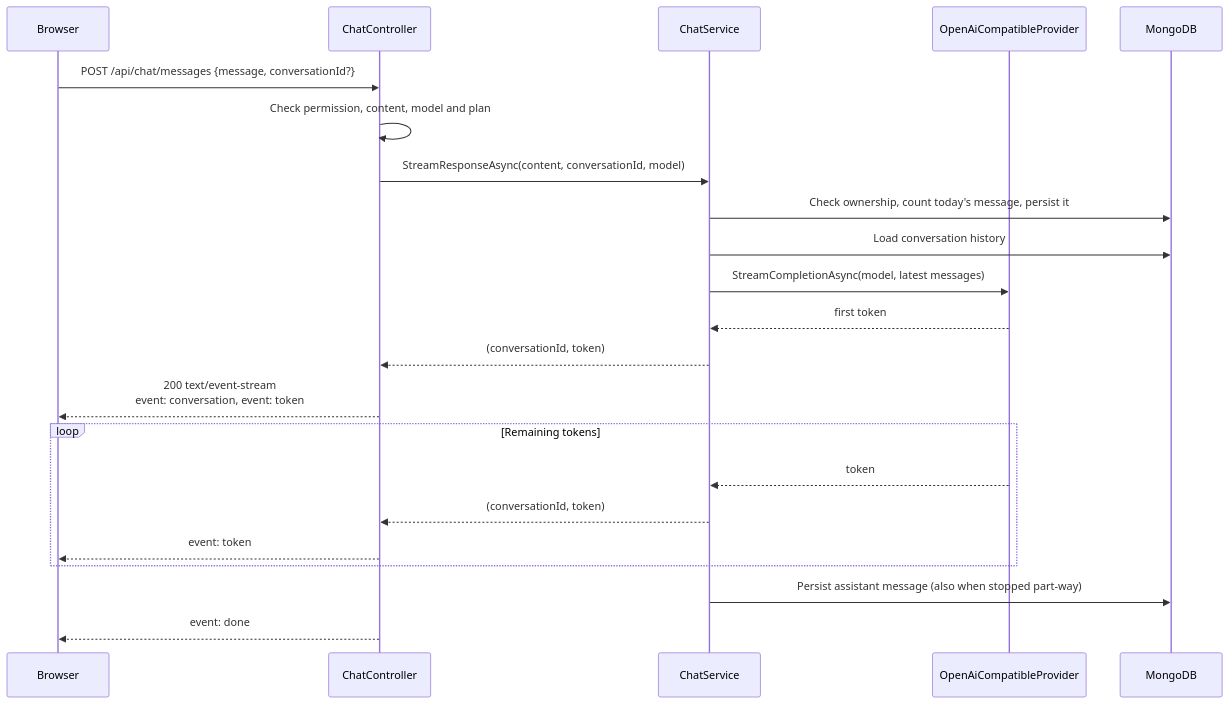
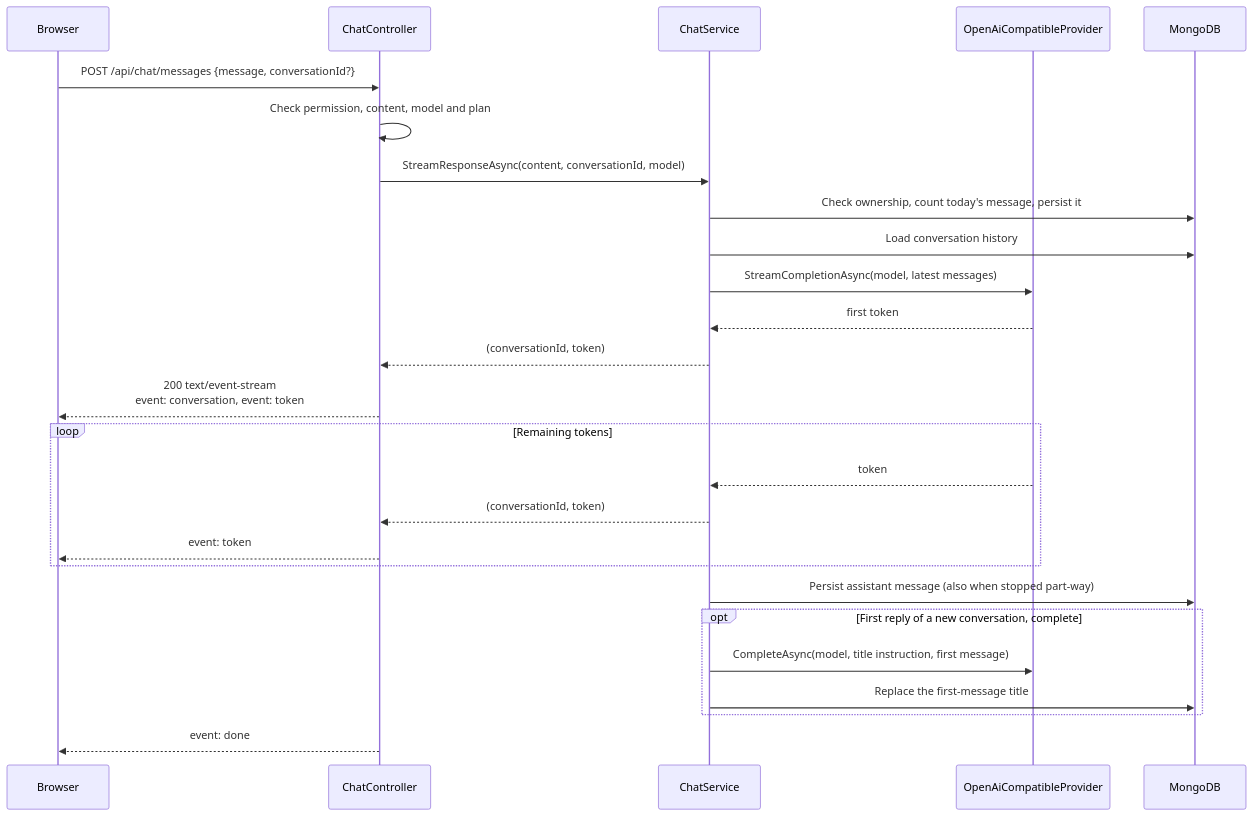
Before and after one commit to asifarshadullah/chatapp: the second of 2 diagrams in README.md, drawn with Mermaid. The commit also changed 18 other files, not shown here.

First line of the commit message:
feat: Title a new conversation with its model

````diff
--- a/README.md
+++ b/README.md
@@ -79,25 +79,29 @@
 ```mermaid
 sequenceDiagram
     participant Browser
     participant Api as ChatController
     participant Svc as ChatService
     participant Model as OpenAiCompatibleProvider
     participant Mongo as MongoDB
 
     Browser->>Api: POST /api/chat/messages {message, conversationId?}
     Api->>Api: Check permission, content, model and plan
     Api->>Svc: StreamResponseAsync(content, conversationId, model)
     Svc->>Mongo: Check ownership, count today's message, persist it
     Svc->>Mongo: Load conversation history
     Svc->>Model: StreamCompletionAsync(model, latest messages)
     Model-->>Svc: first token
     Svc-->>Api: (conversationId, token)
     Api-->>Browser: 200 text/event-stream<br/>event: conversation, event: token
     loop Remaining tokens
         Model-->>Svc: token
         Svc-->>Api: (conversationId, token)
         Api-->>Browser: event: token
     end
     Svc->>Mongo: Persist assistant message (also when stopped part-way)
+    opt First reply of a new conversation, complete
+        Svc->>Model: CompleteAsync(model, title instruction, first message)
+        Svc->>Mongo: Replace the first-message title
+    end
     Api-->>Browser: event: done
 ```
````
